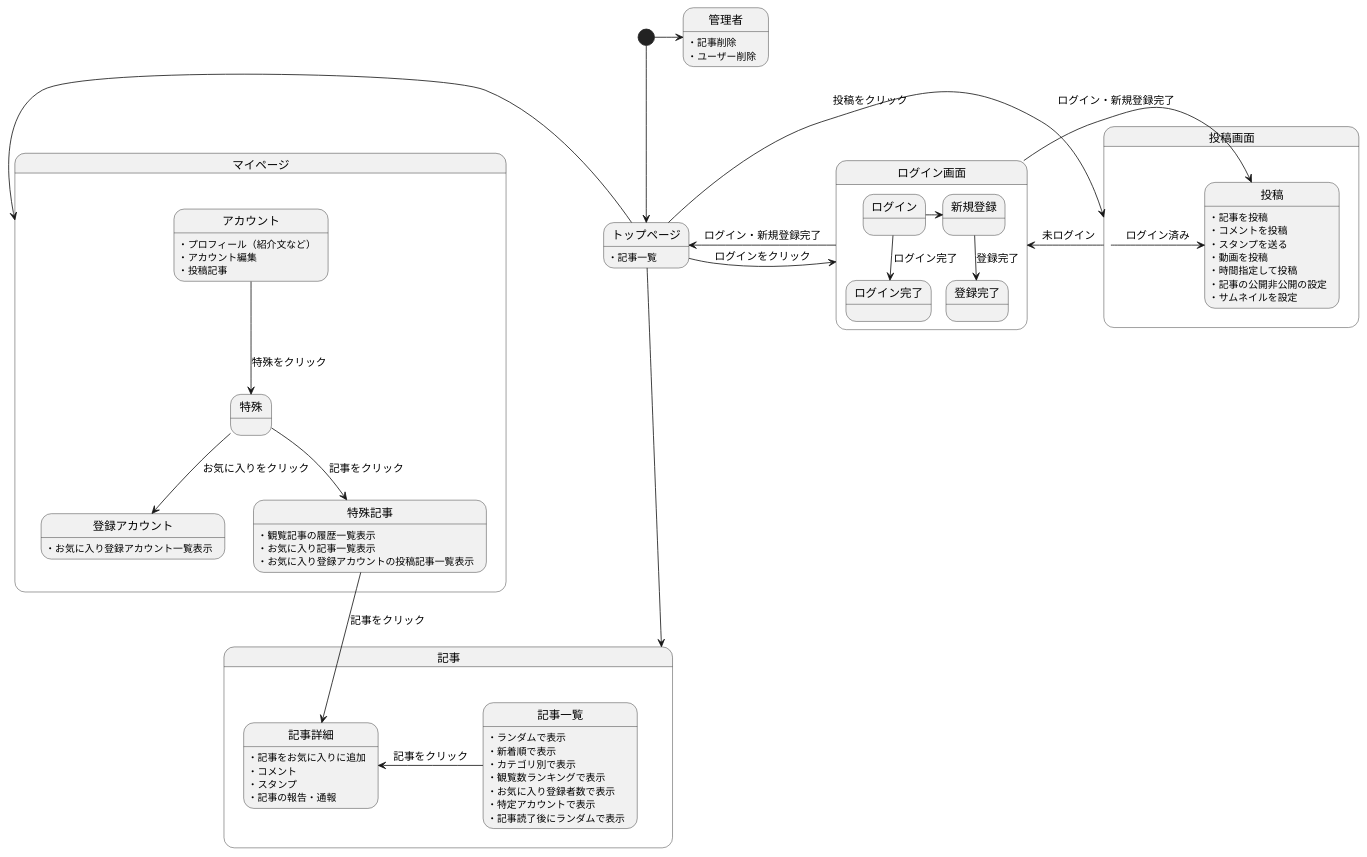
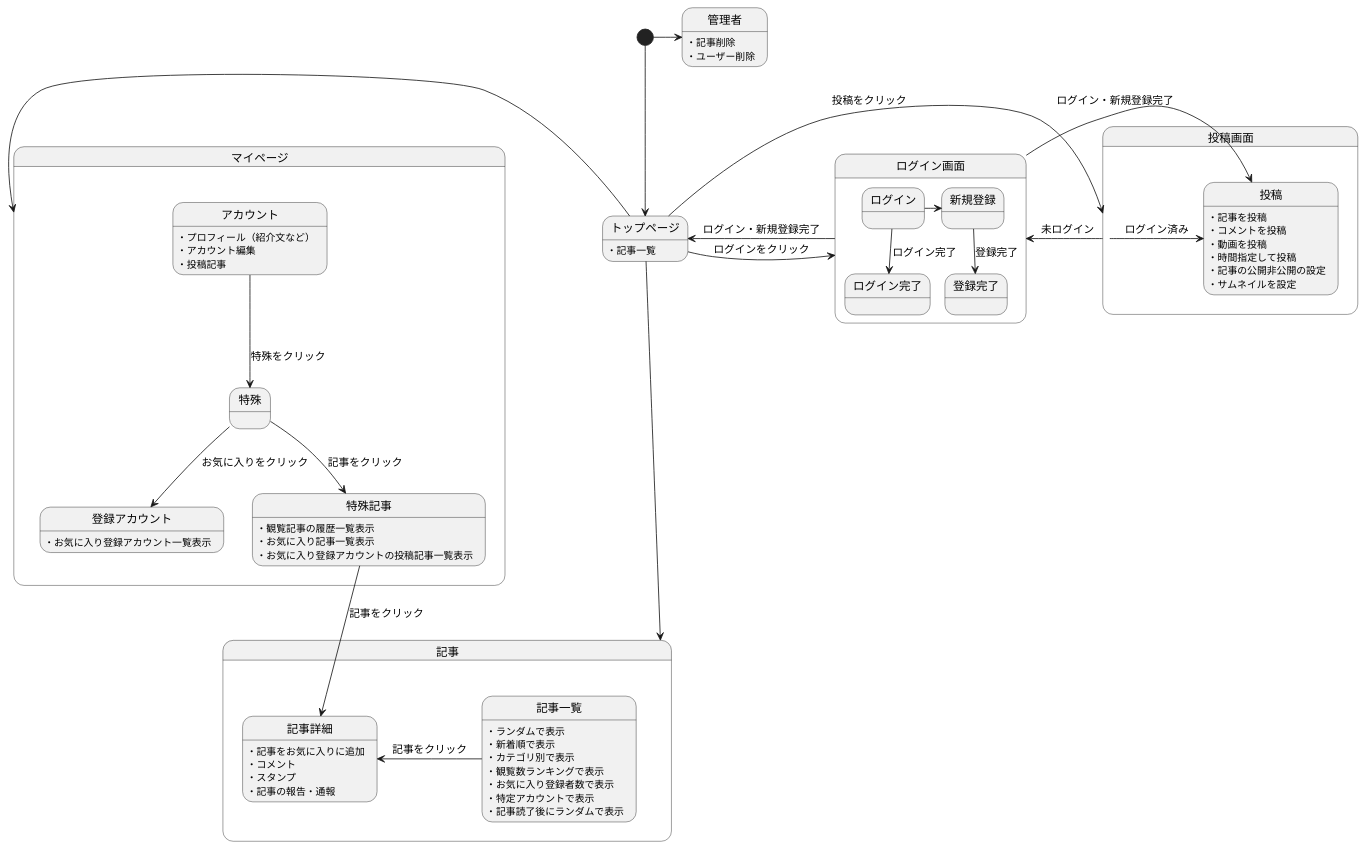
The diagram in 後期画面遷移.md (Aso2001001/2022System), drawn with PlantUML before and after one commit.

````diff
--- a/後期画面遷移.md
+++ b/後期画面遷移.md
@@ -1,80 +1,79 @@
 ```uml
 @startuml
 [*] --> トップページ
 
 
 トップページ -down-> 記事
 トップページ -left-> マイページ
 トップページ -> 投稿画面 : 投稿をクリック
 
 トップページ:・記事一覧
 
 トップページ -> ログイン画面 : ログインをクリック
 
 ログイン画面 -> トップページ : ログイン・新規登録完了
 
 state ログイン画面{
 ログイン -> 新規登録
 ログイン -down-> ログイン完了 : ログイン完了
 新規登録 -down-> 登録完了 : 登録完了
 }
 
 state 記事{
 記事一覧 -left-> 記事詳細 : 記事をクリック
 
 記事一覧:・ランダムで表示
 記事一覧:・新着順で表示
 記事一覧:・カテゴリ別で表示
 記事一覧:・観覧数ランキングで表示
 記事一覧:・お気に入り登録者数で表示
 記事一覧:・特定アカウントで表示
 記事一覧:・記事読了後にランダムで表示
 
 記事詳細:・記事をお気に入りに追加
 記事詳細:・コメント
 記事詳細:・スタンプ
 記事詳細:・記事の報告・通報
 
 }
 
 state 投稿画面{
 投稿画面 -> ログイン画面 : 未ログイン
 投稿画面 -> 投稿 : ログイン済み
 ログイン画面 -> 投稿 :ログイン・新規登録完了
 
 投稿:・記事を投稿
 投稿:・コメントを投稿
-投稿:・スタンプを送る
 投稿:・動画を投稿
 投稿:・時間指定して投稿
 投稿:・記事の公開非公開の設定
 投稿:・サムネイルを設定
 
 }
 
 state マイページ{
 
 アカウント -down-> 特殊 : 特殊をクリック
 特殊 -down-> 登録アカウント :お気に入りをクリック
 特殊 -down-> 特殊記事 :記事をクリック
 特殊記事 -down-> 記事詳細 :記事をクリック
 
 アカウント:・プロフィール（紹介文など）
 アカウント:・アカウント編集
 アカウント:・投稿記事
 
 特殊記事:・観覧記事の履歴一覧表示
 特殊記事:・お気に入り記事一覧表示
 登録アカウント:・お気に入り登録アカウント一覧表示
 特殊記事:・お気に入り登録アカウントの投稿記事一覧表示
 
 }
 
 
 [*] -right-> 管理者
 管理者:・記事削除
 管理者:・ユーザー削除
 
 
 @enduml
 ```
````
